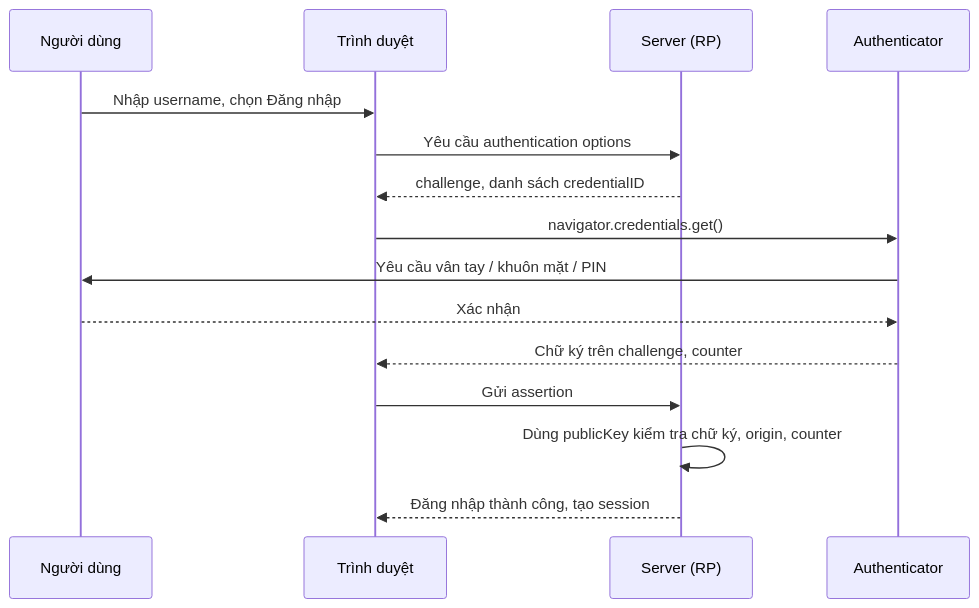
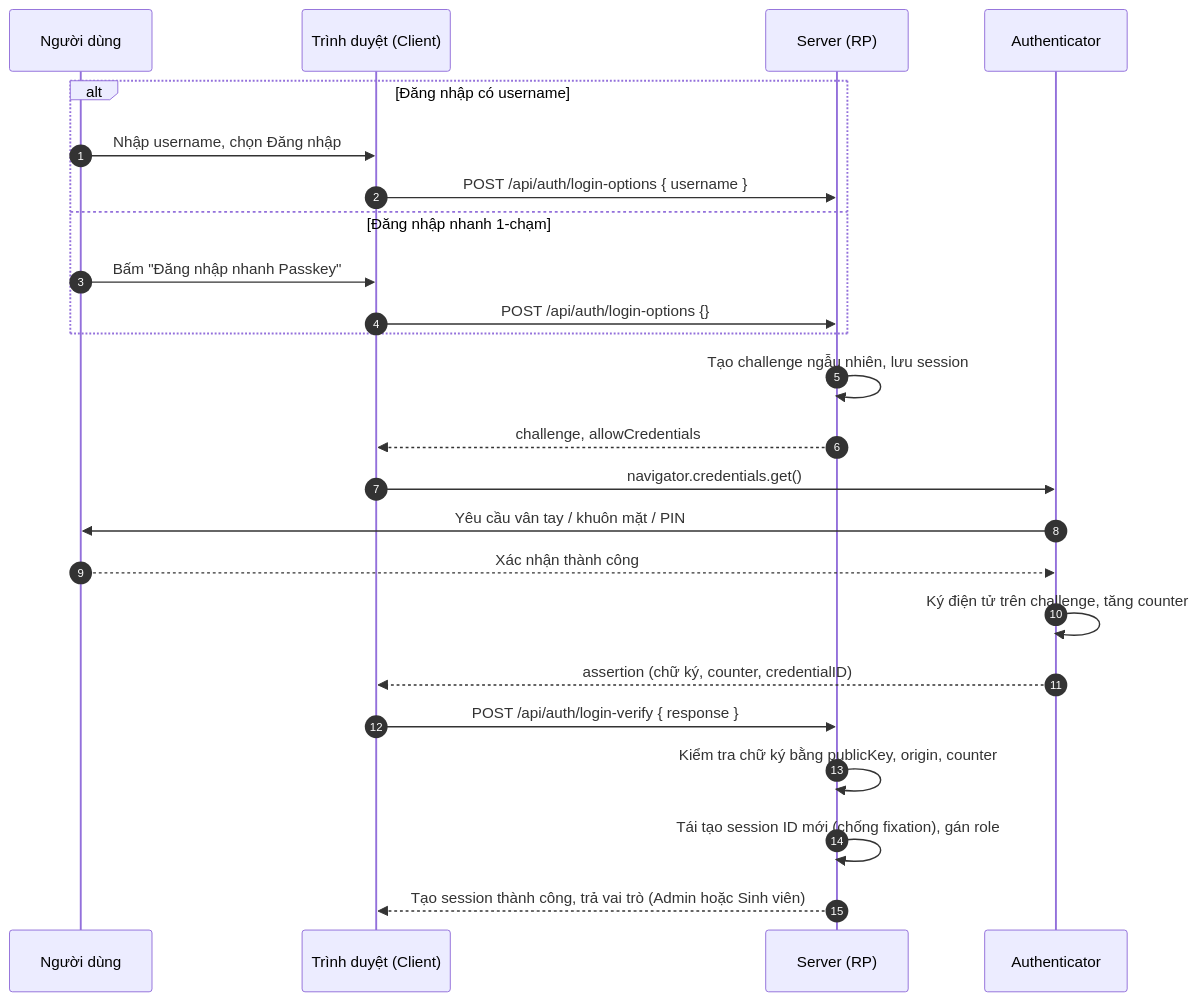
Before and after one commit to nguyenquockiet2462005/fido2: the second of 3 diagrams in README.md, drawn with Mermaid. The commit also changed other lines of this file, not shown here.

````diff
--- a/README.md
+++ b/README.md
@@ -73,18 +104,27 @@
 ```mermaid
 sequenceDiagram
+    autonumber
     participant U as Người dùng
-    participant B as Trình duyệt
+    participant C as Trình duyệt (Client)
     participant S as Server (RP)
     participant A as Authenticator
 
-    U->>B: Nhập username, chọn Đăng nhập
-    B->>S: Yêu cầu authentication options
-    S-->>B: challenge, danh sách credentialID
-    B->>A: navigator.credentials.get()
+    alt Đăng nhập có username
+        U->>C: Nhập username, chọn Đăng nhập
+        C->>S: POST /api/auth/login-options { username }
+    else Đăng nhập nhanh 1-chạm
+        U->>C: Bấm "Đăng nhập nhanh Passkey"
+        C->>S: POST /api/auth/login-options {}
+    end
+    S->>S: Tạo challenge ngẫu nhiên, lưu session
+    S-->>C: challenge, allowCredentials
+    C->>A: navigator.credentials.get()
     A->>U: Yêu cầu vân tay / khuôn mặt / PIN
-    U-->>A: Xác nhận
-    A-->>B: Chữ ký trên challenge, counter
-    B->>S: Gửi assertion
-    S->>S: Dùng publicKey kiểm tra chữ ký, origin, counter
-    S-->>B: Đăng nhập thành công, tạo session
+    U-->>A: Xác nhận thành công
+    A->>A: Ký điện tử trên challenge, tăng counter
+    A-->>C: assertion (chữ ký, counter, credentialID)
+    C->>S: POST /api/auth/login-verify { response }
+    S->>S: Kiểm tra chữ ký bằng publicKey, origin, counter
+    S->>S: Tái tạo session ID mới (chống fixation), gán role
+    S-->>C: Tạo session thành công, trả vai trò (Admin hoặc Sinh viên)
 ```
````
